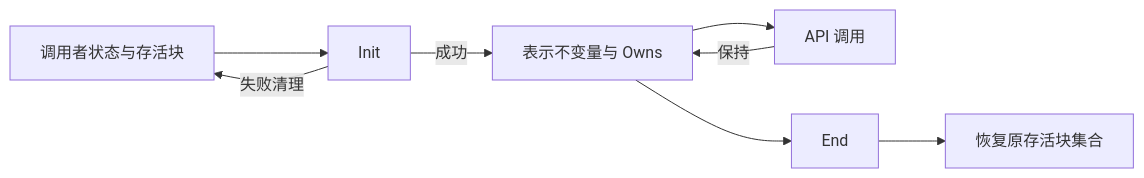
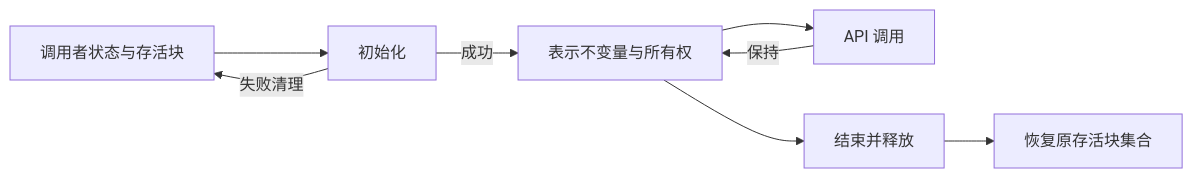
The second of 2 diagrams in docs/proof/method.zh.md (cla7aye15I4nd/zlib-f), drawn with Mermaid before and after one commit. The commit also changed other lines of this file and 237 other files, not shown here.

````diff
--- a/docs/proof/method.zh.md
+++ b/docs/proof/method.zh.md
@@ -68,10 +83,10 @@
 ```mermaid
 flowchart LR
-    Before["调用者状态与存活块"] --> Init["Init"]
-    Init -->|成功| Inv["表示不变量与 Owns"]
+    Before["调用者状态与存活块"] --> Init["初始化"]
+    Init -->|成功| Inv["表示不变量与所有权"]
     Init -->|失败清理| Before
     Inv --> Call["API 调用"]
     Call -->|保持| Inv
-    Inv --> End["End"]
+    Inv --> End["结束并释放"]
     End --> Released["恢复原存活块集合"]
 ```
````
